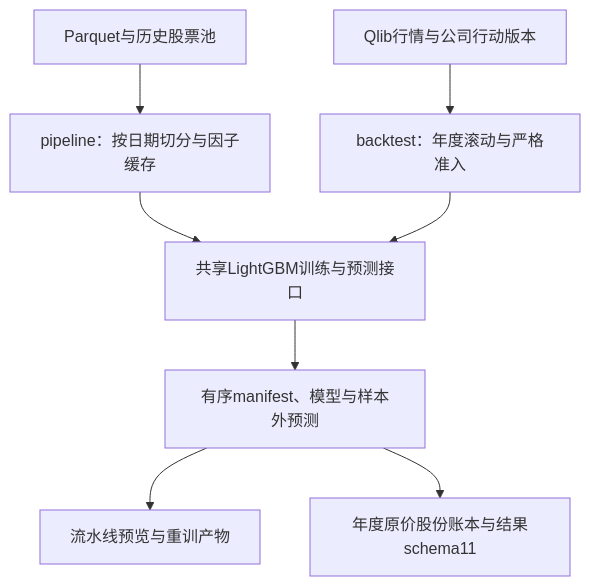
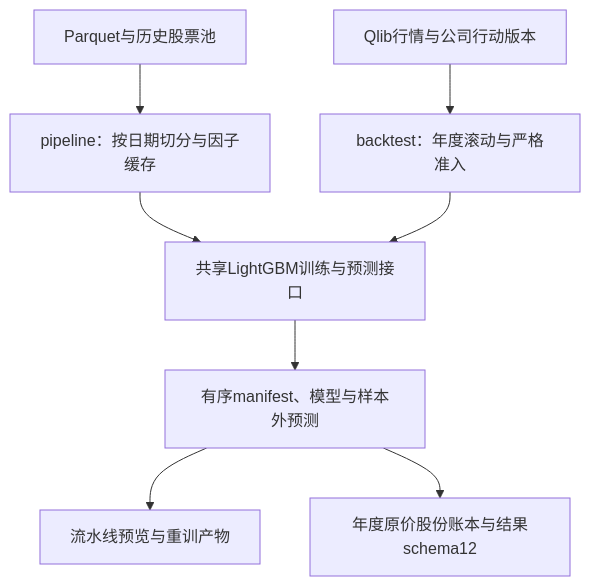
One commit to Dennishaha/JFQuant changed the first of 6 diagrams in crates/ml/README.md. Above: the diagram before and after it, drawn with Mermaid. The commit also changed other lines of this file and 77 other files, not shown here.

````diff
--- a/crates/ml/README.md
+++ b/crates/ml/README.md
@@ -27,10 +27,10 @@
 ```mermaid
 flowchart TD
   PARQUET["Parquet与历史股票池"] --> PIPE["pipeline：按日期切分与因子缓存"]
   QLIB["Qlib行情与公司行动版本"] --> YEAR["backtest：年度滚动与严格准入"]
   PIPE --> TRAIN["共享LightGBM训练与预测接口"]
   YEAR --> TRAIN
   TRAIN --> MODEL["有序manifest、模型与样本外预测"]
   MODEL --> TABLE["流水线预览与重训产物"]
-  MODEL --> LEDGER["年度原价股份账本与结果schema11"]
+  MODEL --> LEDGER["年度原价股份账本与结果schema12"]
 ```
````
